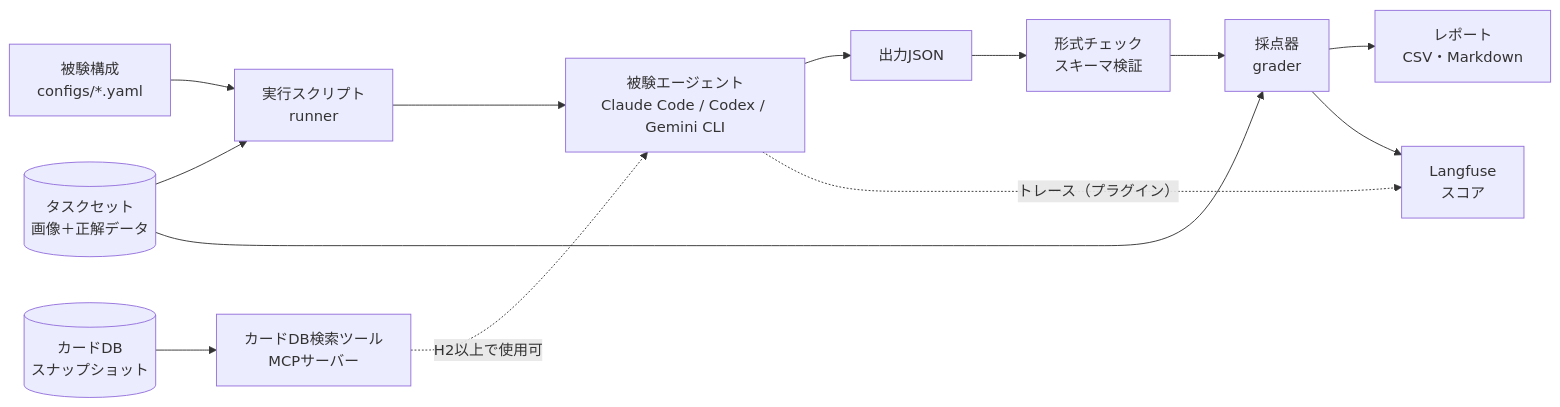
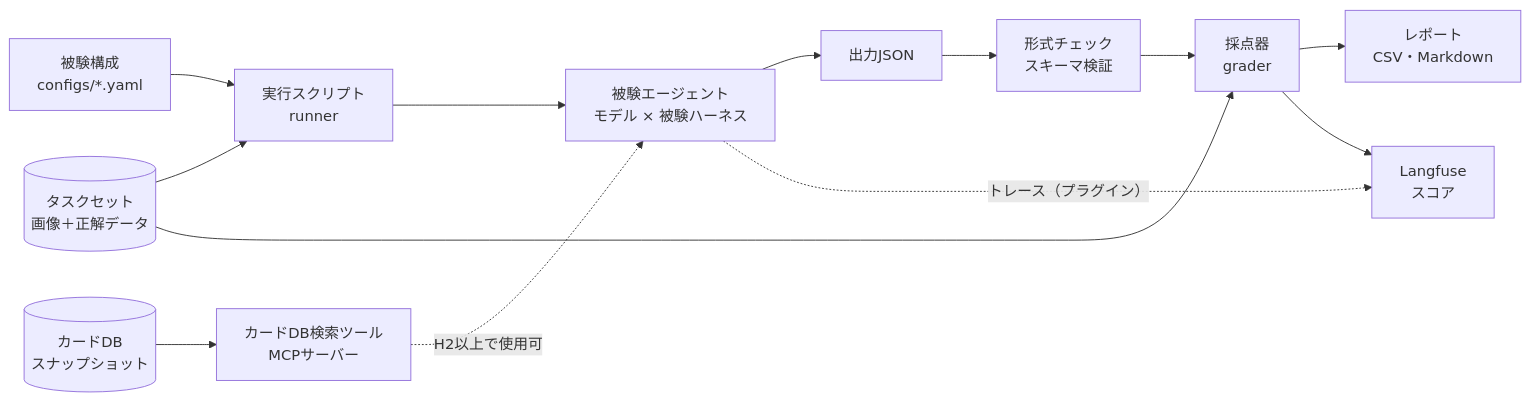
The third of 6 diagrams in docs/tcg-buylist-eval-design.md (mgmaru/tcg-buylist-eval), drawn with Mermaid before and after one commit. The commit also changed other lines of this file and 1 other file, not shown here.

````diff
--- a/docs/tcg-buylist-eval-design.md
+++ b/docs/tcg-buylist-eval-design.md
@@ -167,15 +214,15 @@
 ```mermaid
 flowchart LR
     T[(タスクセット<br/>画像＋正解データ)] --> R
     C[被験構成<br/>configs/*.yaml] --> R
-    R[実行スクリプト<br/>runner] --> A[被験エージェント<br/>Claude Code / Codex / Gemini CLI]
+    R[実行スクリプト<br/>runner] --> A[被験エージェント<br/>モデル × 被験ハーネス]
     D[(カードDB<br/>スナップショット)] --> TOOL[カードDB検索ツール<br/>MCPサーバー]
     TOOL -. H2以上で使用可 .-> A
     A --> O[出力JSON]
     O --> V[形式チェック<br/>スキーマ検証]
     V --> G[採点器<br/>grader]
     T --> G
     G --> REP[レポート<br/>CSV・Markdown]
     G --> LF[Langfuse<br/>スコア]
     A -. トレース（プラグイン） .-> LF
 ```
````
